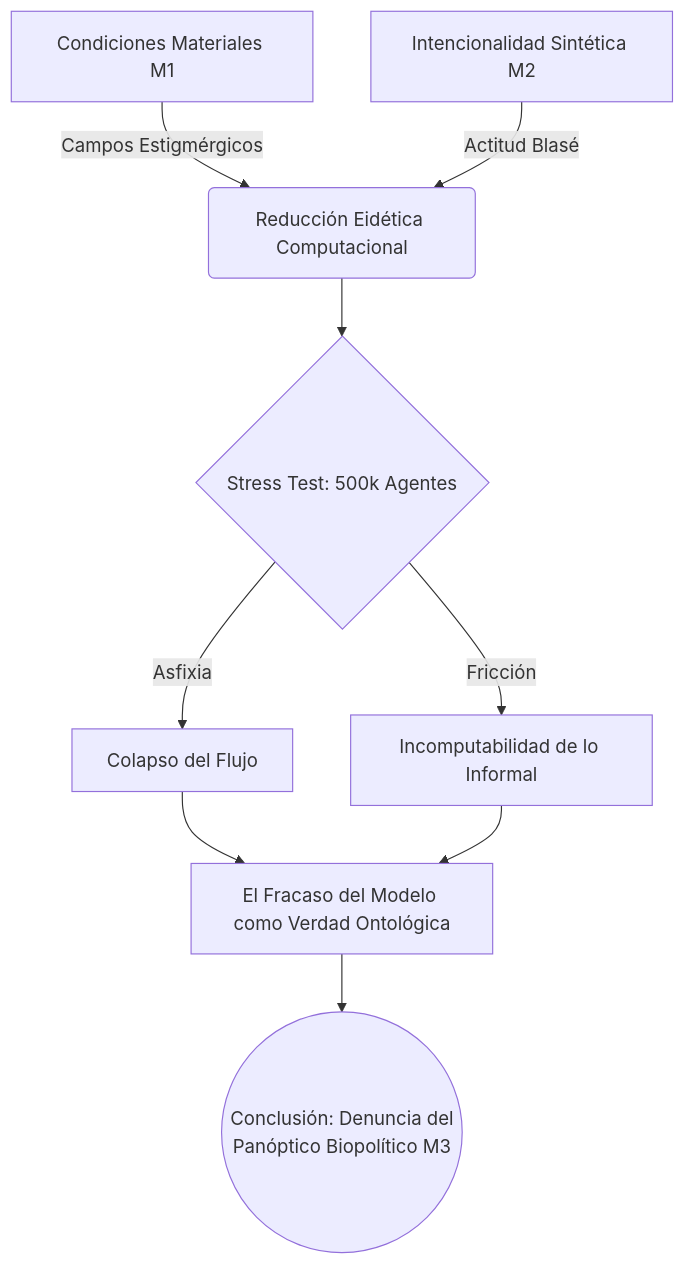
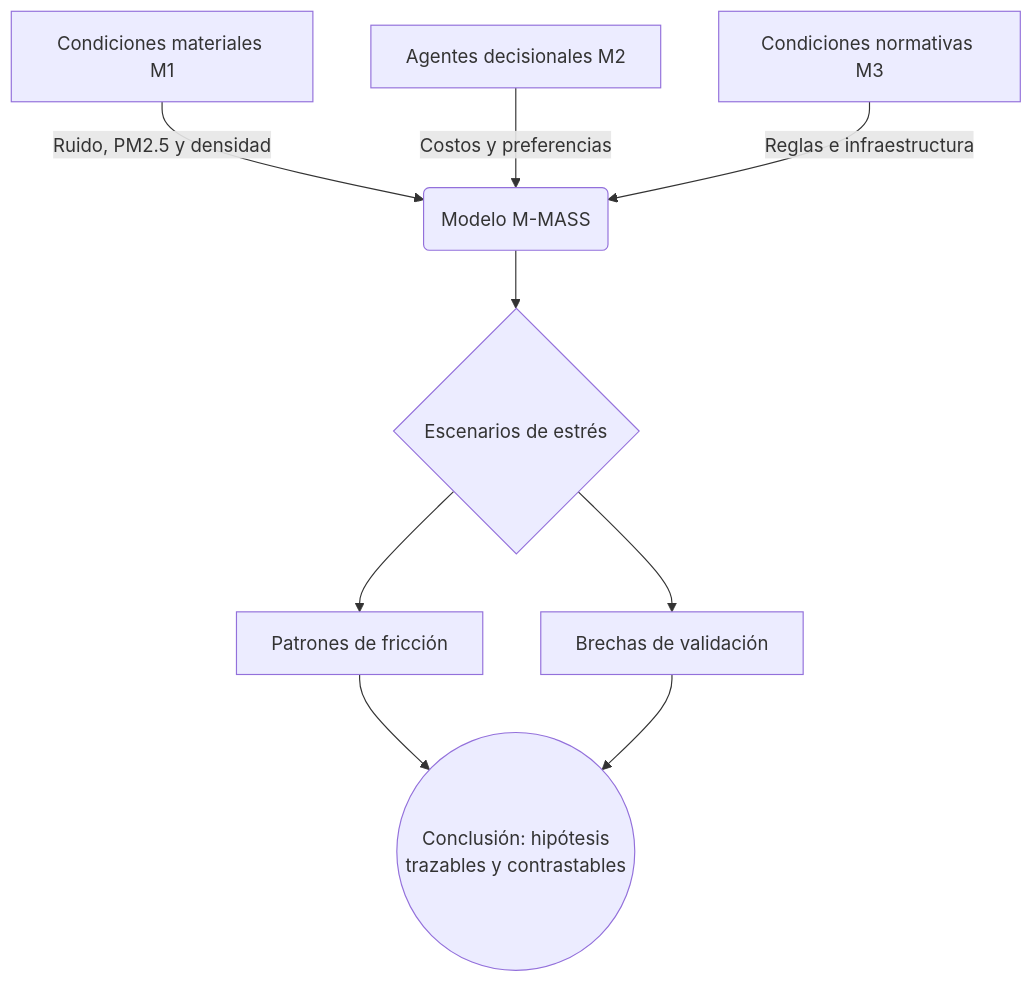
The diagram in tesis/04-conclusiones-y-referencias-bibliograficas.md (stevenvo780/FenomenologiaUrbana), drawn with Mermaid before and after one commit. The commit also changed other lines of this file and 17 other files, not shown here.

````diff
--- a/tesis/04-conclusiones-y-referencias-bibliograficas.md
+++ b/tesis/04-conclusiones-y-referencias-bibliograficas.md
@@ -23,10 +26,10 @@
 ```mermaid
 graph TD
-    A[Condiciones Materiales M1] -->|Campos Estigmérgicos| B(Reducción Eidética Computacional)
-    C[Intencionalidad Sintética M2] -->|Actitud Blasé| B
-    B --> D{Stress Test: 500k Agentes}
-    D -->|Asfixia| E[Colapso del Flujo]
-    D -->|Fricción| F[Incomputabilidad de lo Informal]
-    E & F --> G[El Fracaso del Modelo como Verdad Ontológica]
-    G --> H((Conclusión: Denuncia del<br>Panóptico Biopolítico M3))
+    A[Condiciones materiales M1] -->|Ruido, PM2.5 y densidad| B(Modelo M-MASS)
+    C[Agentes decisionales M2] -->|Costos y preferencias| B
+    D[Condiciones normativas M3] -->|Reglas e infraestructura| B
+    B --> E{Escenarios de estrés}
+    E --> F[Patrones de fricción]
+    E --> G[Brechas de validación]
+    F & G --> H((Conclusión: hipótesis<br>trazables y contrastables))
 ```
````
